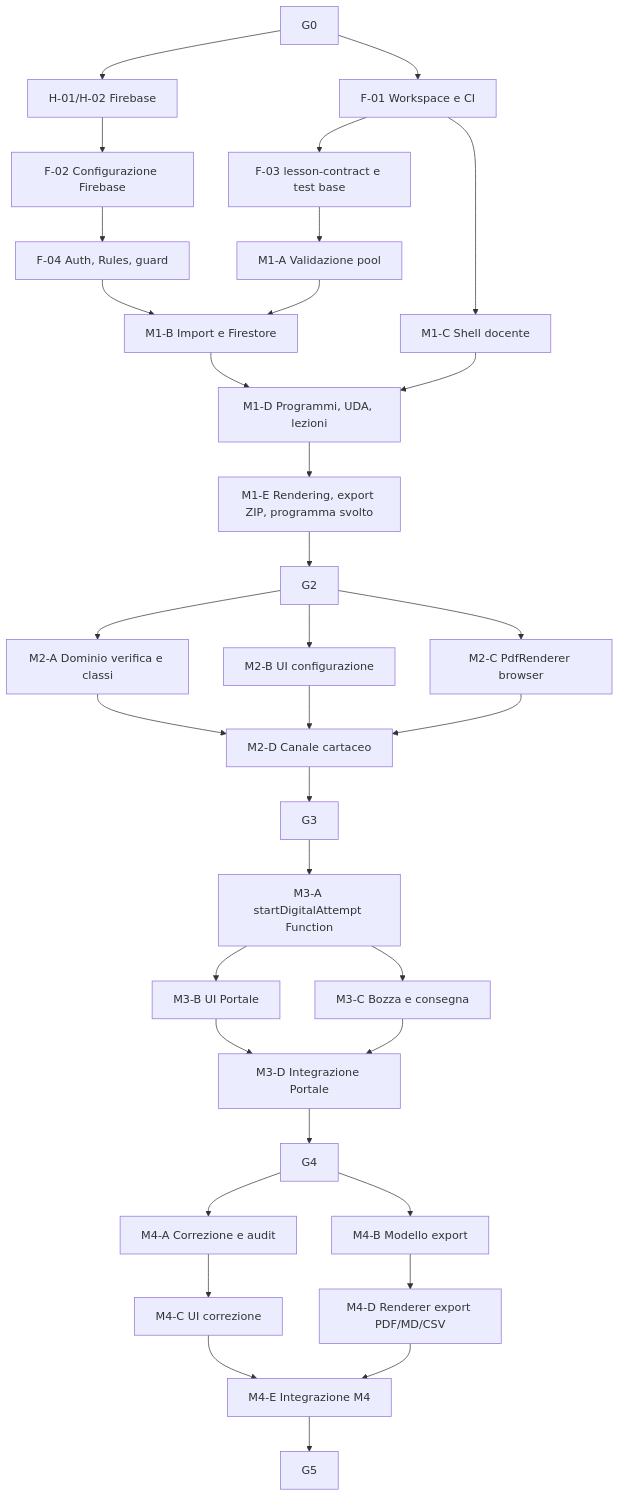
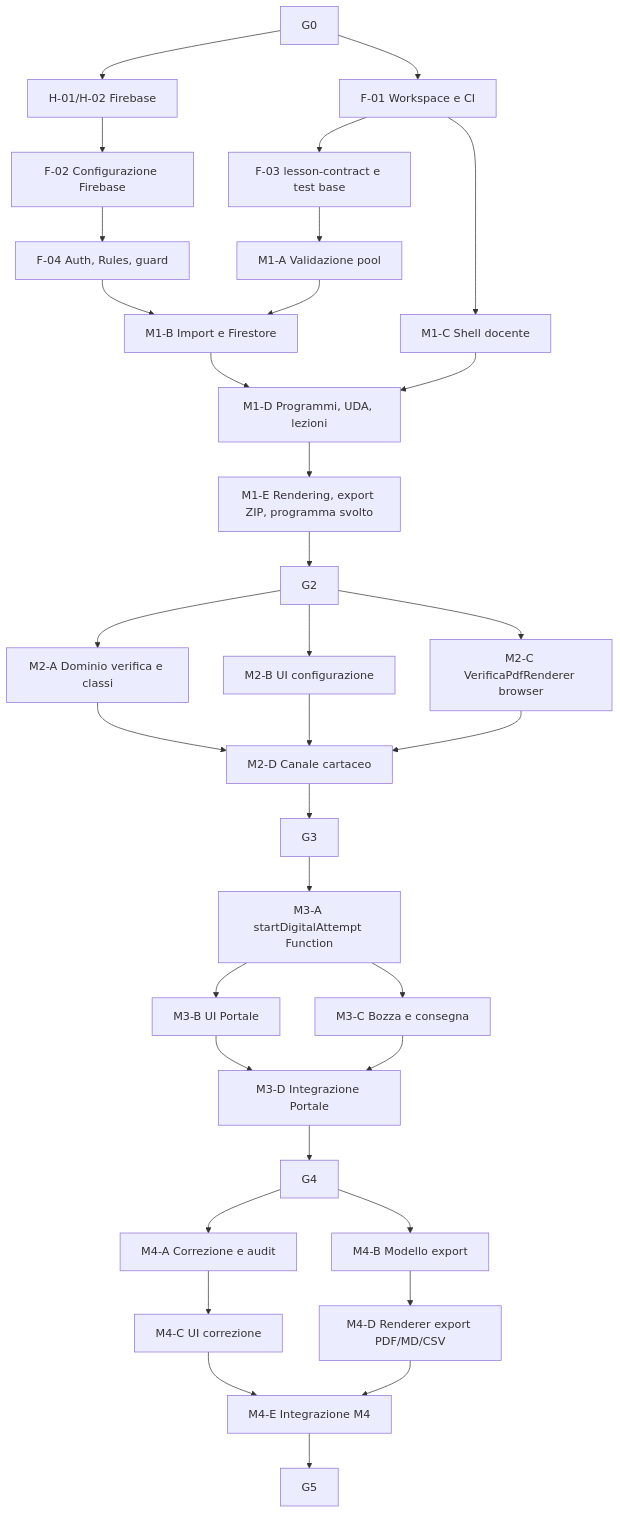
Before and after one commit to EnricoPaparo/SchoolForge: the diagram in documentazione/piano-implementazione.md, drawn with Mermaid. The commit also changed other lines of this file and 17 other files, not shown here.

````diff
--- a/documentazione/piano-implementazione.md
+++ b/documentazione/piano-implementazione.md
@@ -111,36 +110,36 @@
 ```mermaid
 flowchart TD
     G0 --> F1["F-01 Workspace e CI"]
     G0 --> H1["H-01/H-02 Firebase"]
     H1 --> F2["F-02 Configurazione Firebase"]
     F1 --> F3["F-03 lesson-contract e test base"]
     F2 --> F4["F-04 Auth, Rules, guard"]
     F3 --> M1A["M1-A Validazione pool"]
     F4 --> M1B["M1-B Import e Firestore"]
     M1A --> M1B
     F1 --> M1C["M1-C Shell docente"]
     M1B --> M1D["M1-D Programmi, UDA, lezioni"]
     M1C --> M1D
     M1D --> M1E["M1-E Rendering, export ZIP, programma svolto"]
     M1E --> G2
     G2 --> M2A["M2-A Dominio verifica e classi"]
     G2 --> M2B["M2-B UI configurazione"]
-    G2 --> M2C["M2-C PdfRenderer browser"]
+    G2 --> M2C["M2-C VerificaPdfRenderer browser"]
     M2A --> M2D["M2-D Canale cartaceo"]
     M2B --> M2D
     M2C --> M2D
     M2D --> G3
     G3 --> M3A["M3-A startDigitalAttempt Function"]
     M3A --> M3B["M3-B UI Portale"]
     M3A --> M3C["M3-C Bozza e consegna"]
     M3B --> M3D["M3-D Integrazione Portale"]
     M3C --> M3D
     M3D --> G4
     G4 --> M4A["M4-A Correzione e audit"]
     G4 --> M4B["M4-B Modello export"]
     M4A --> M4C["M4-C UI correzione"]
     M4B --> M4D["M4-D Renderer export PDF/MD/CSV"]
     M4C --> M4E["M4-E Integrazione M4"]
     M4D --> M4E
     M4E --> G5
 ```
````
